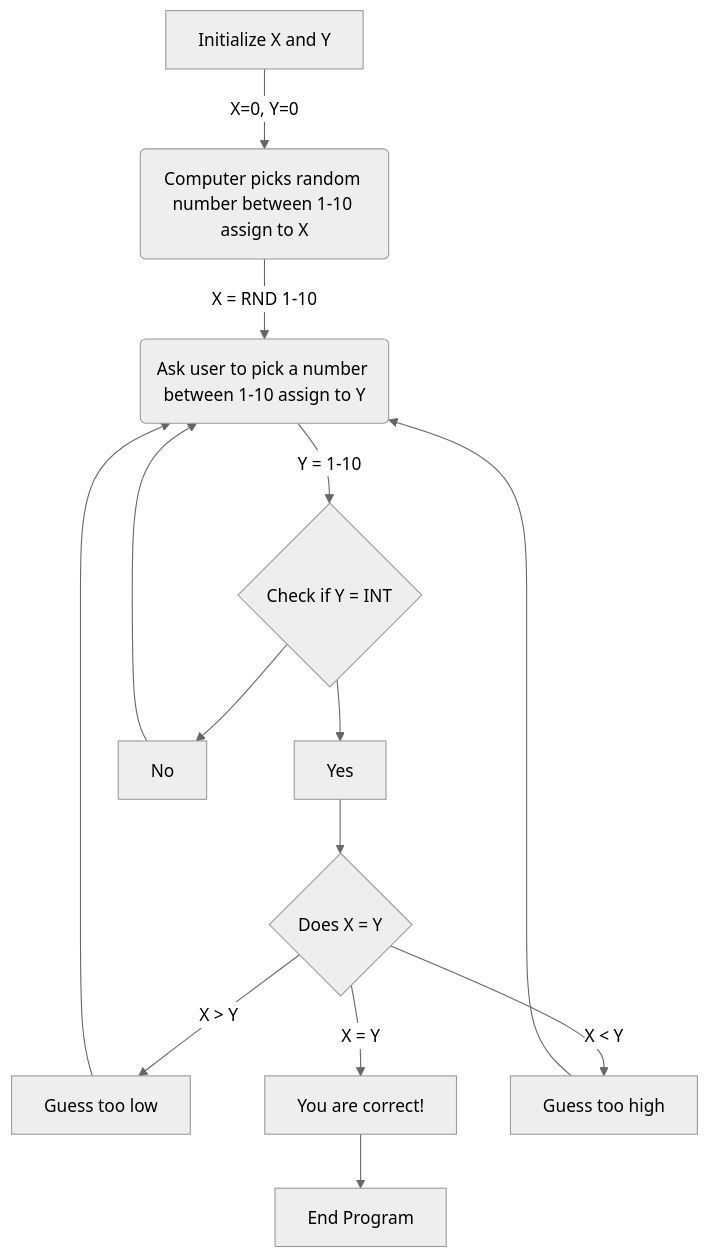
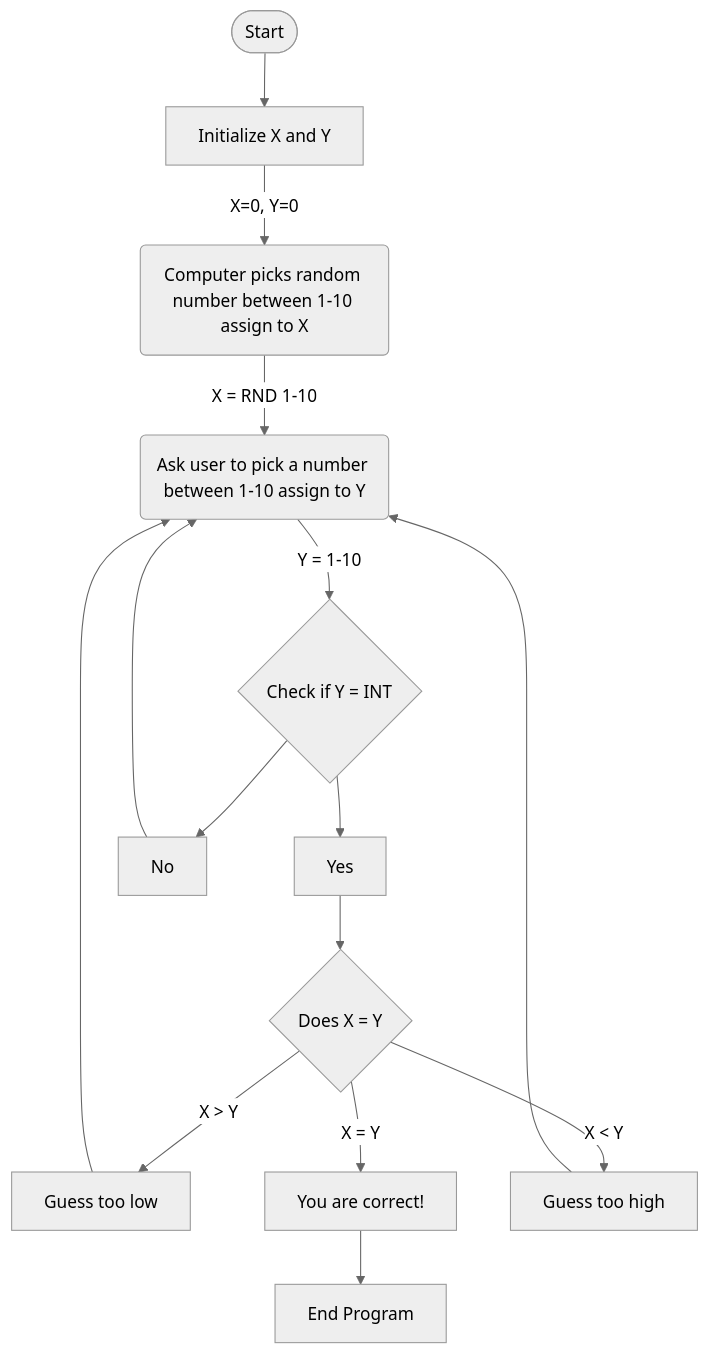
Before and after one commit to ansmith2/ansmith2.github.io: the diagram in Guessing.md, drawn with Mermaid (neutral theme).

````diff
--- a/Guessing.md
+++ b/Guessing.md
@@ -1,11 +1,12 @@
 ```mermaid
 flowchart TD
+Start([Start]) -->
     A[Initialize X and Y] -->|X=0, Y=0| B(Computer picks random number between 1-10 assign to X)
     B -->|X = RND 1-10| D(Ask user to pick a number between 1-10 assign to Y) -->|Y = 1-10| E
     E{Check if Y = INT} -->
     F[Yes] -->
     I{Does X = Y} -->|X > Y| J[Guess too low] -->D
     I -->|X = Y| K[You are correct!] --> M[End Program]
     I -->|X < Y| L[Guess too high] -->D
-    E -->G[No] --> D 
+    E -->G[No] --> D
 ```
````
